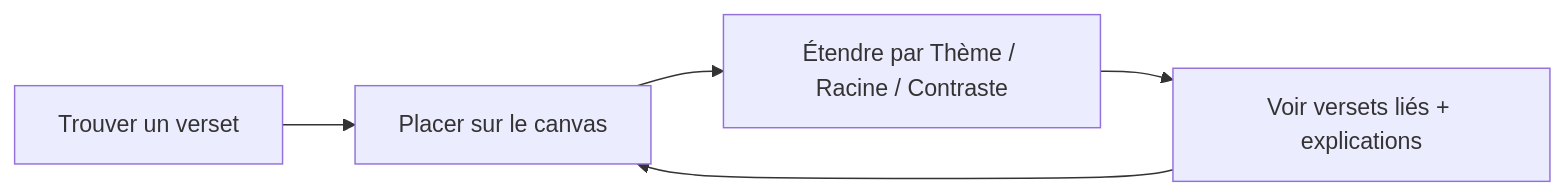
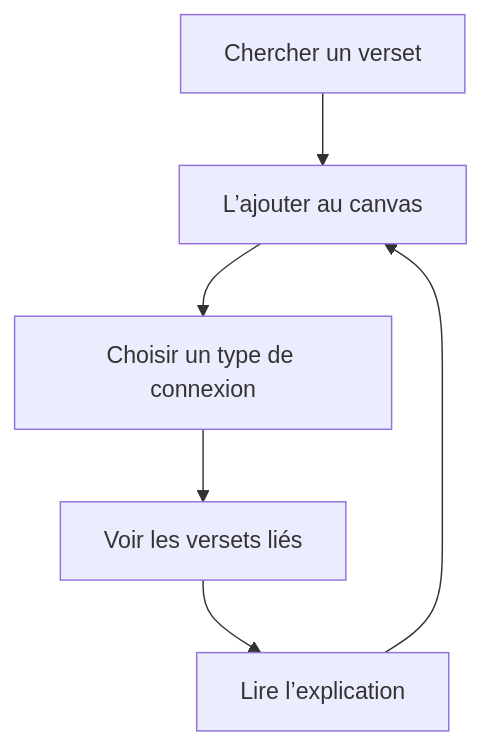
The first of 2 diagrams in openhikmah-web/onboarding-fr-a2/phase-1-what-is-openhikmah.md (radhtkamal/radhtkamal), drawn with Mermaid before and after one commit. The commit also changed other lines of this file and 1 other file, not shown here.

````diff
--- a/openhikmah-web/onboarding-fr-a2/phase-1-what-is-openhikmah.md
+++ b/openhikmah-web/onboarding-fr-a2/phase-1-what-is-openhikmah.md
@@ -26,7 +27,14 @@
 ```mermaid
-flowchart LR
-  A[Trouver un verset] --> B[Placer sur le canvas]
-  B --> C[Étendre par Thème / Racine / Contraste]
-  C --> D[Voir versets liés + explications]
-  D --> B
+flowchart TB
+  A["Chercher un verset"]
+  B["L’ajouter au canvas"]
+  C["Choisir un type de connexion"]
+  D["Voir les versets liés"]
+  E["Lire l’explication"]
+
+  A --> B
+  B --> C
+  C --> D
+  D --> E
+  E --> B
 ```
````
